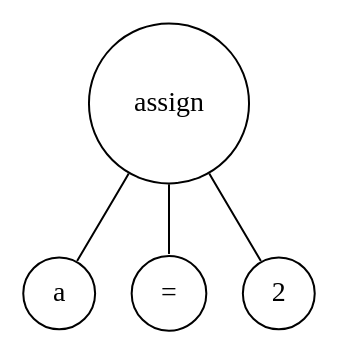
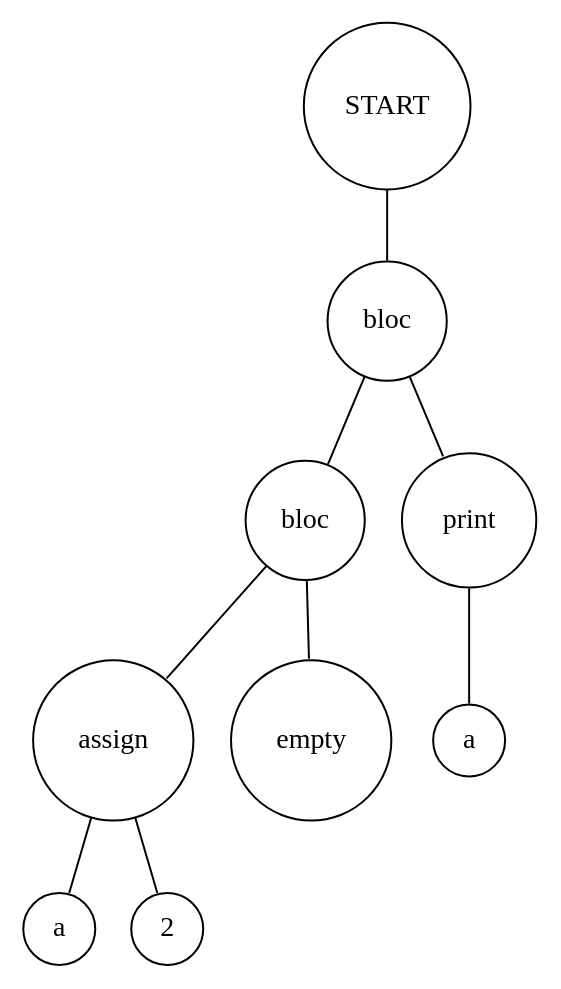
Before and after one commit to Blaze940/Mini_interpret: the diagram in Digraph.gv, drawn with Graphviz. The commit also changed 4 other files, not shown here.

```diff
--- a/Digraph.gv
+++ b/Digraph.gv
@@ -1,10 +1,20 @@
 digraph {
 	node [shape=circle]
-	"b5c6c6d5-a0e4-401b-b198-7a31b17ec1e6" [label=assign]
-	"02d8fdeb-5802-4012-b981-8e7f9aed8905" [label=a]
-	"b5c6c6d5-a0e4-401b-b198-7a31b17ec1e6" -> "02d8fdeb-5802-4012-b981-8e7f9aed8905" [arrowsize=0]
-	"d06ba0bc-b350-42fc-aaea-3cdca3744bed" [label="="]
-	"b5c6c6d5-a0e4-401b-b198-7a31b17ec1e6" -> "d06ba0bc-b350-42fc-aaea-3cdca3744bed" [arrowsize=0]
-	"37562eb3-7293-4133-9a63-2276abd94505" [label=2]
-	"b5c6c6d5-a0e4-401b-b198-7a31b17ec1e6" -> "37562eb3-7293-4133-9a63-2276abd94505" [arrowsize=0]
+	"527920e9-7e62-40f3-8f28-2d16013ad5d2" [label=START]
+	"9c3c2300-734a-48c0-8cc8-d653fe1fbb64" [label=bloc]
+	"8c9b95e4-fb85-4552-8817-ebd6f2355645" [label=bloc]
+	"a1d1c4d7-09de-4033-926b-7b0c0c9022da" [label=assign]
+	"9c63a28f-98d3-4809-852a-ccbc6d401f8b" [label=a]
+	"a1d1c4d7-09de-4033-926b-7b0c0c9022da" -> "9c63a28f-98d3-4809-852a-ccbc6d401f8b" [arrowsize=0]
+	"31dbb681-4895-40f3-bcd3-2e0ae822551f" [label=2]
+	"a1d1c4d7-09de-4033-926b-7b0c0c9022da" -> "31dbb681-4895-40f3-bcd3-2e0ae822551f" [arrowsize=0]
+	"8c9b95e4-fb85-4552-8817-ebd6f2355645" -> "a1d1c4d7-09de-4033-926b-7b0c0c9022da" [arrowsize=0]
+	"6a760969-70d5-4939-85f4-54d46113adf4" [label=empty]
+	"8c9b95e4-fb85-4552-8817-ebd6f2355645" -> "6a760969-70d5-4939-85f4-54d46113adf4" [arrowsize=0]
+	"9c3c2300-734a-48c0-8cc8-d653fe1fbb64" -> "8c9b95e4-fb85-4552-8817-ebd6f2355645" [arrowsize=0]
+	"1215c632-cbf6-427d-a80a-8eccccbf5f23" [label=print]
+	"97fe13e5-4b69-42ef-8880-66b303b1a579" [label=a]
+	"1215c632-cbf6-427d-a80a-8eccccbf5f23" -> "97fe13e5-4b69-42ef-8880-66b303b1a579" [arrowsize=0]
+	"9c3c2300-734a-48c0-8cc8-d653fe1fbb64" -> "1215c632-cbf6-427d-a80a-8eccccbf5f23" [arrowsize=0]
+	"527920e9-7e62-40f3-8f28-2d16013ad5d2" -> "9c3c2300-734a-48c0-8cc8-d653fe1fbb64" [arrowsize=0]
 }
```
